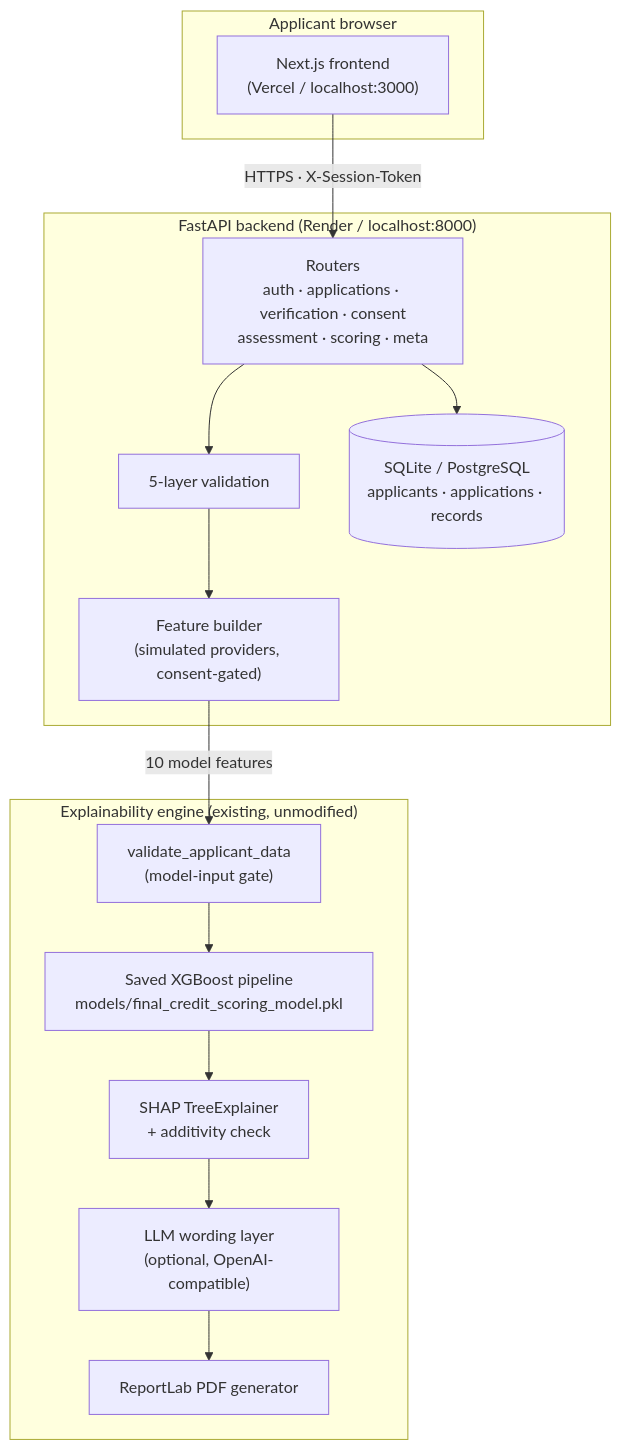
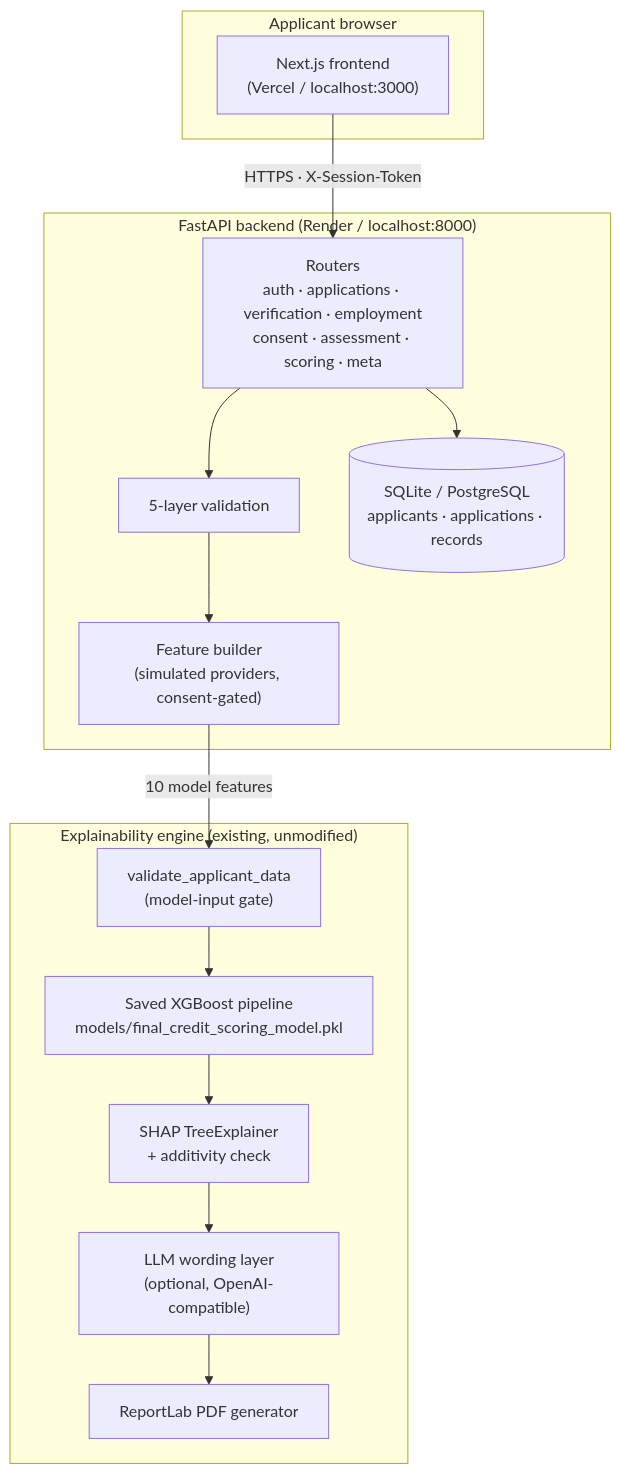
Before and after one commit to humaix/credit-scoring-app: the first of 4 diagrams in README.md, drawn with Mermaid. The commit also changed other lines of this file and 24 other files, not shown here.

First line of the commit message:
Phase 3: employment & financial document verification (occupation-driven)

````diff
--- a/README.md
+++ b/README.md
@@ -114,31 +114,31 @@
 ```mermaid
 flowchart TB
     subgraph browser["Applicant browser"]
         UI["Next.js frontend<br/>(Vercel / localhost:3000)"]
     end
 
     subgraph backend["FastAPI backend (Render / localhost:8000)"]
-        RT["Routers<br/>auth · applications · verification · consent<br/>assessment · scoring · meta"]
+        RT["Routers<br/>auth · applications · verification · employment<br/>consent · assessment · scoring · meta"]
         VA["5-layer validation"]
         FB["Feature builder<br/>(simulated providers, consent-gated)"]
         DB[("SQLite / PostgreSQL<br/>applicants · applications · records")]
     end
 
     subgraph engine["Explainability engine (existing, unmodified)"]
         VAL["validate_applicant_data<br/>(model-input gate)"]
         PIPE["Saved XGBoost pipeline<br/>models/final_credit_scoring_model.pkl"]
         SHAP["SHAP TreeExplainer<br/>+ additivity check"]
         LLM["LLM wording layer<br/>(optional, OpenAI-compatible)"]
         PDF["ReportLab PDF generator"]
     end
 
     UI -- "HTTPS · X-Session-Token" --> RT
     RT --> VA
     VA --> FB
     RT --> DB
     FB -- "10 model features" --> VAL
     VAL --> PIPE
     PIPE --> SHAP
     SHAP --> LLM
     LLM --> PDF
 ```
````
